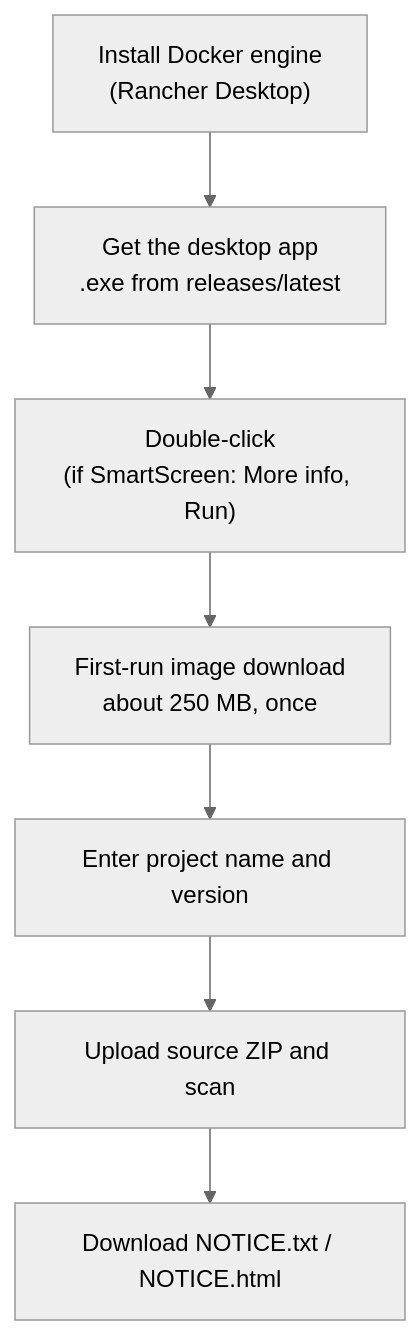
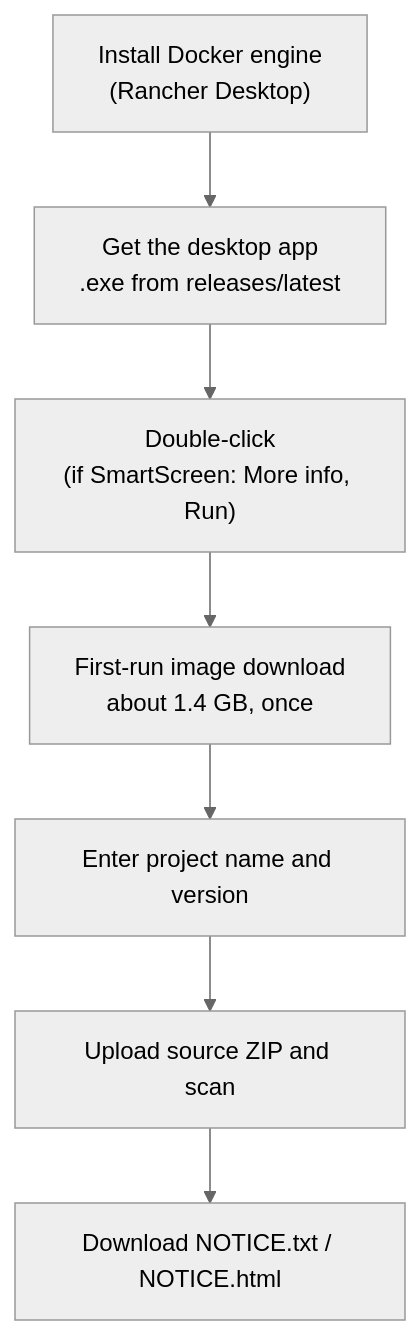
One commit to sktelecom/bomlens changed the diagram in docs/start/no-cli.md. Above: the diagram before and after it, drawn with Mermaid (neutral theme). The commit also changed other lines of this file and 3 other files, not shown here.

````diff
--- a/docs/start/no-cli.md
+++ b/docs/start/no-cli.md
@@ -36,9 +38,9 @@
 ```mermaid
 flowchart TD
     A["Install Docker engine<br/>(Rancher Desktop)"] --> B["Get the desktop app<br/>.exe from releases/latest"]
     B --> C["Double-click<br/>(if SmartScreen: More info, Run)"]
-    C --> D["First-run image download<br/>about 250 MB, once"]
+    C --> D["First-run image download<br/>about 1.4 GB, once"]
     D --> E["Enter project name and version"]
     E --> F["Upload source ZIP and scan"]
     F --> G["Download NOTICE.txt / NOTICE.html"]
 ```
````
